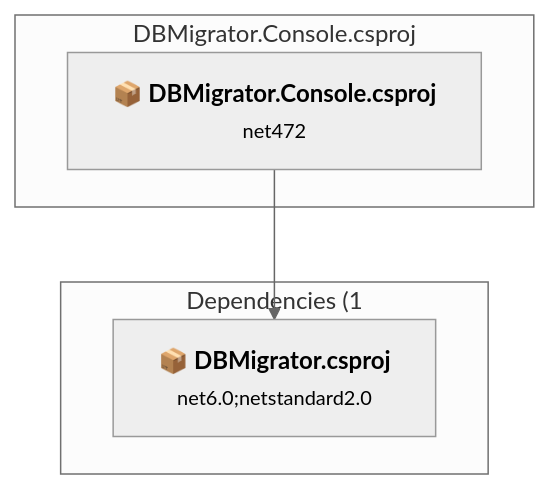
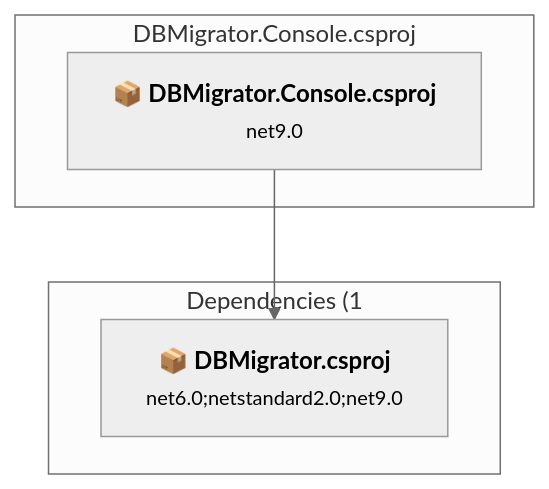
One commit to Hviid/DBMigrator changed the fourth of 7 diagrams in .github/upgrades/assessment.md. Above: the diagram before and after it, drawn with Mermaid (neutral theme). The commit also changed other lines of this file and 7 other files, not shown here.

````diff
--- a/.github/upgrades/assessment.md
+++ b/.github/upgrades/assessment.md
@@ -60,13 +167,13 @@
 ```mermaid
 flowchart TB
     subgraph current["DBMigrator.Console.csproj"]
-        MAIN["<b>📦&nbsp;DBMigrator.Console.csproj</b><br/><small>net472</small>"]
+        MAIN["<b>📦&nbsp;DBMigrator.Console.csproj</b><br/><small>net9.0</small>"]
         click MAIN "#dbmigratorconsoledbmigratorconsolecsproj"
     end
     subgraph downstream["Dependencies (1"]
-        P2["<b>📦&nbsp;DBMigrator.csproj</b><br/><small>net6.0;netstandard2.0</small>"]
+        P2["<b>📦&nbsp;DBMigrator.csproj</b><br/><small>net6.0;netstandard2.0;net9.0</small>"]
         click P2 "#dbmigratordbmigratorcsproj"
     end
     MAIN --> P2
 
 ```
````
